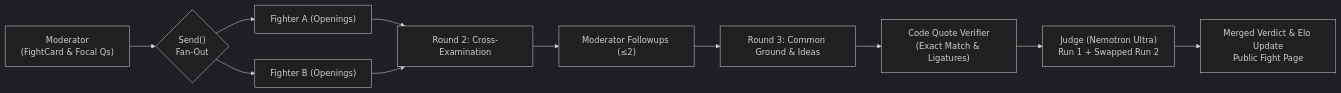
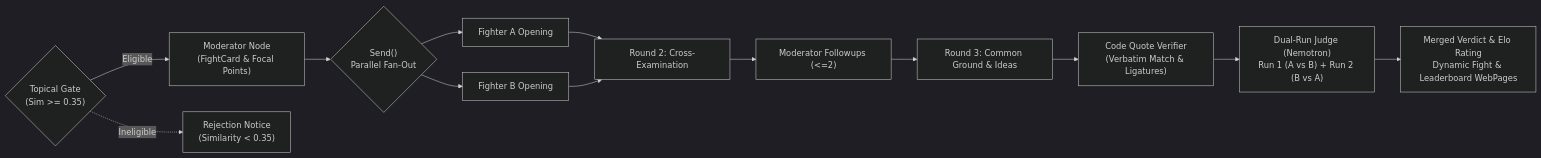
One commit to Shyjojose/hackathon changed the second of 3 diagrams in README.md. Above: the diagram before and after it, drawn with Mermaid (dark theme). The commit also changed other lines of this file, not shown here.

First line of the commit message:
docs: update README with Paper Arena, Cloudflare Tunnel, and full architecture

````diff
--- a/README.md
+++ b/README.md
@@ -160,13 +174,15 @@
 ```mermaid
 flowchart LR
-    Moderator["Moderator<br>(FightCard & Focal Qs)"] --> FanOut{"Send()<br>Fan-Out"}
-    FanOut --> FighterA["Fighter A (Openings)"]
-    FanOut --> FighterB["Fighter B (Openings)"]
+    Gate{"Topical Gate<br>(Sim >= 0.35)"} -->|Eligible| Moderator["Moderator Node<br>(FightCard & Focal Points)"]
+    Gate -.->|Ineligible| Reject["Rejection Notice<br>(Similarity < 0.35)"]
+    Moderator --> FanOut{"Send()<br>Parallel Fan-Out"}
+    FanOut --> FighterA["Fighter A Opening"]
+    FanOut --> FighterB["Fighter B Opening"]
     FighterA --> CrossExam["Round 2: Cross-Examination"]
     FighterB --> CrossExam
-    CrossExam --> Followups["Moderator Followups (≤2)"]
+    CrossExam --> Followups["Moderator Followups (<=2)"]
     Followups --> CommonGround["Round 3: Common Ground & Ideas"]
-    CommonGround --> Verifier["Code Quote Verifier<br>(Exact Match & Ligatures)"]
-    Verifier --> Judge["Judge (Nemotron Ultra)<br>Run 1 + Swapped Run 2"]
-    Judge --> Verdict["Merged Verdict & Elo Update<br>Public Fight Page"]
+    CommonGround --> Verifier["Code Quote Verifier<br>(Verbatim Match & Ligatures)"]
+    Verifier --> Judge["Dual-Run Judge (Nemotron)<br>Run 1 (A vs B) + Run 2 (B vs A)"]
+    Judge --> Verdict["Merged Verdict & Elo Rating<br>Dynamic Fight & Leaderboard WebPages"]
 ```
````
